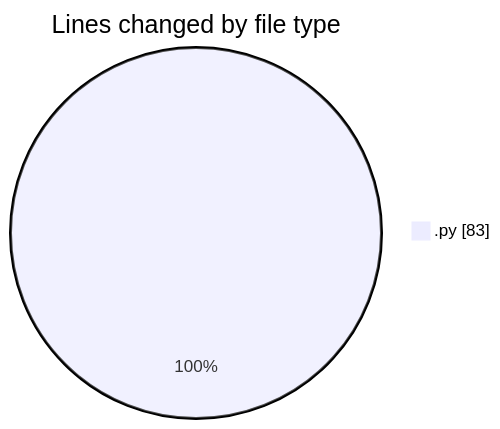
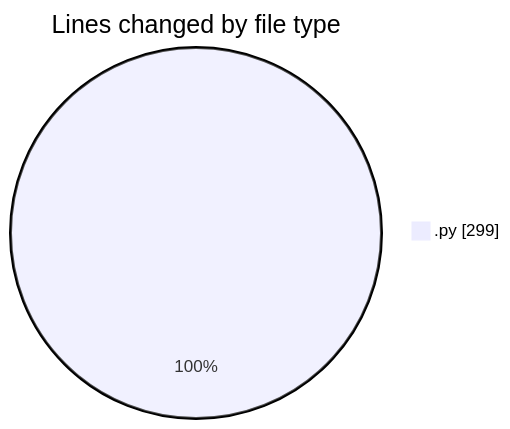
Before and after one commit to momahboobian/code-tracking: the first of 2 diagrams in 2025-06-25/samplepdf/README.md, drawn with Mermaid. The commit also changed other lines of this file and 1 other file, not shown here.

````diff
--- a/2025-06-25/samplepdf/README.md
+++ b/2025-06-25/samplepdf/README.md
@@ -20,5 +21,5 @@
 ```mermaid
 pie showData
 title Lines changed by file type
-".py" : 83
+".py" : 299
 ```
````
